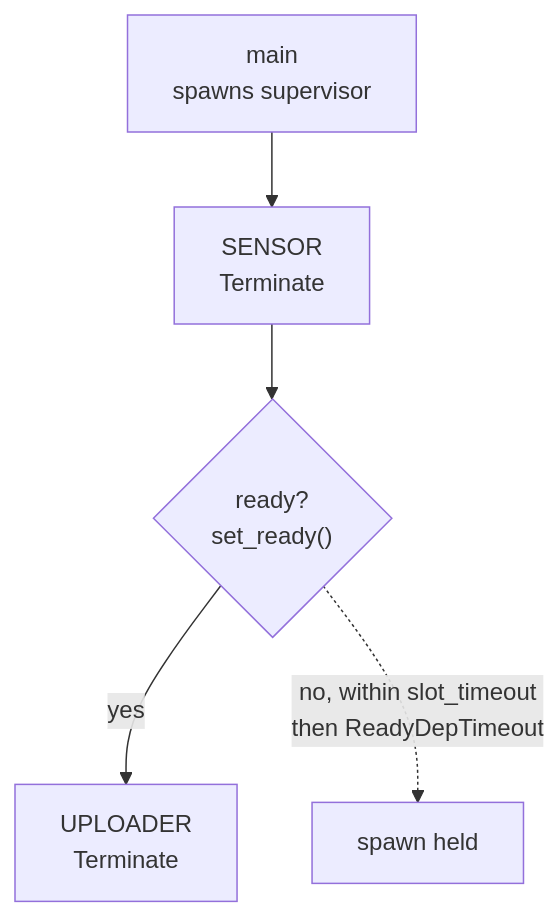
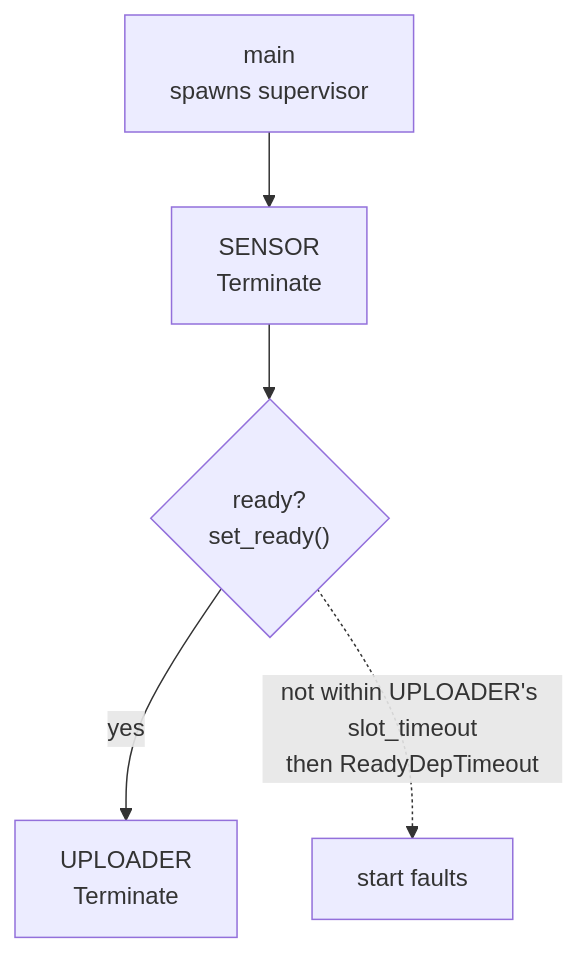
Before and after one commit to embassy-supervisor/embassy-supervisor.github.io: the second of 2 diagrams in src/content/docs/getting-started/first-graph.md, drawn with Mermaid. The commit also changed other lines of this file, not shown here.

Commit message:
Improve first graph documentation

````diff
--- a/src/content/docs/getting-started/first-graph.md
+++ b/src/content/docs/getting-started/first-graph.md
@@ -168,13 +183,13 @@
 ```mermaid
 flowchart TD
     accDescr: Bring-up of the two-node example
     BOOT["main<br/>spawns supervisor"]:::provider
     S["SENSOR<br/>Terminate"]:::task
     RDY{"ready?<br/>set_ready()"}:::signal
     U["UPLOADER<br/>Terminate"]:::task
 
     BOOT --> S
     S --> RDY
     RDY -- yes --> U
-    RDY -. "no, within slot_timeout<br/>then ReadyDepTimeout" .-> HOLD["spawn held"]:::disabled
+    RDY -. "not within UPLOADER's slot_timeout<br/>then ReadyDepTimeout" .-> HOLD["start faults"]:::disabled
 ```
````
